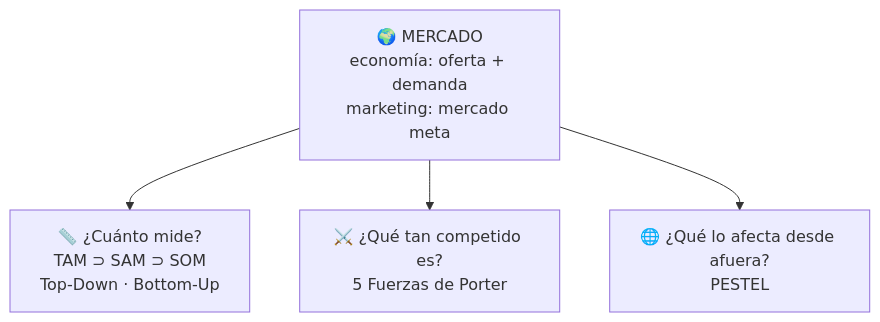
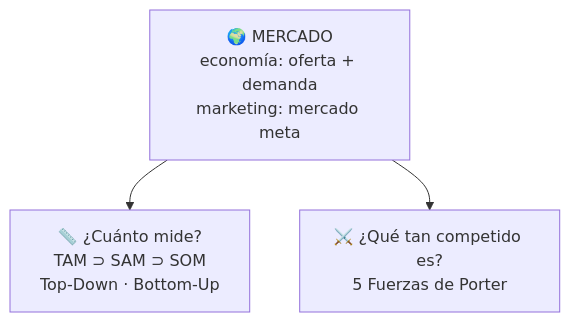
Before and after one commit to Valenpl/tecnologia-e-innovacion-uade: the first of 3 diagrams in resto-de-la-materia/23-analisis-de-mercado-tam-sam-som.md, drawn with Mermaid. The commit also changed other lines of this file and 3 other files, not shown here.

````diff
--- a/resto-de-la-materia/23-analisis-de-mercado-tam-sam-som.md
+++ b/resto-de-la-materia/23-analisis-de-mercado-tam-sam-som.md
@@ -43,7 +41,6 @@
 ```mermaid
 flowchart TB
     M["🌍 MERCADO<br/>economía: oferta + demanda<br/>marketing: mercado meta"]
     M --> T["📏 ¿Cuánto mide?<br/>TAM ⊃ SAM ⊃ SOM<br/>Top-Down · Bottom-Up"]
     M --> C["⚔️ ¿Qué tan competido es?<br/>5 Fuerzas de Porter"]
-    M --> E["🌐 ¿Qué lo afecta desde afuera?<br/>PESTEL"]
 ```
````
